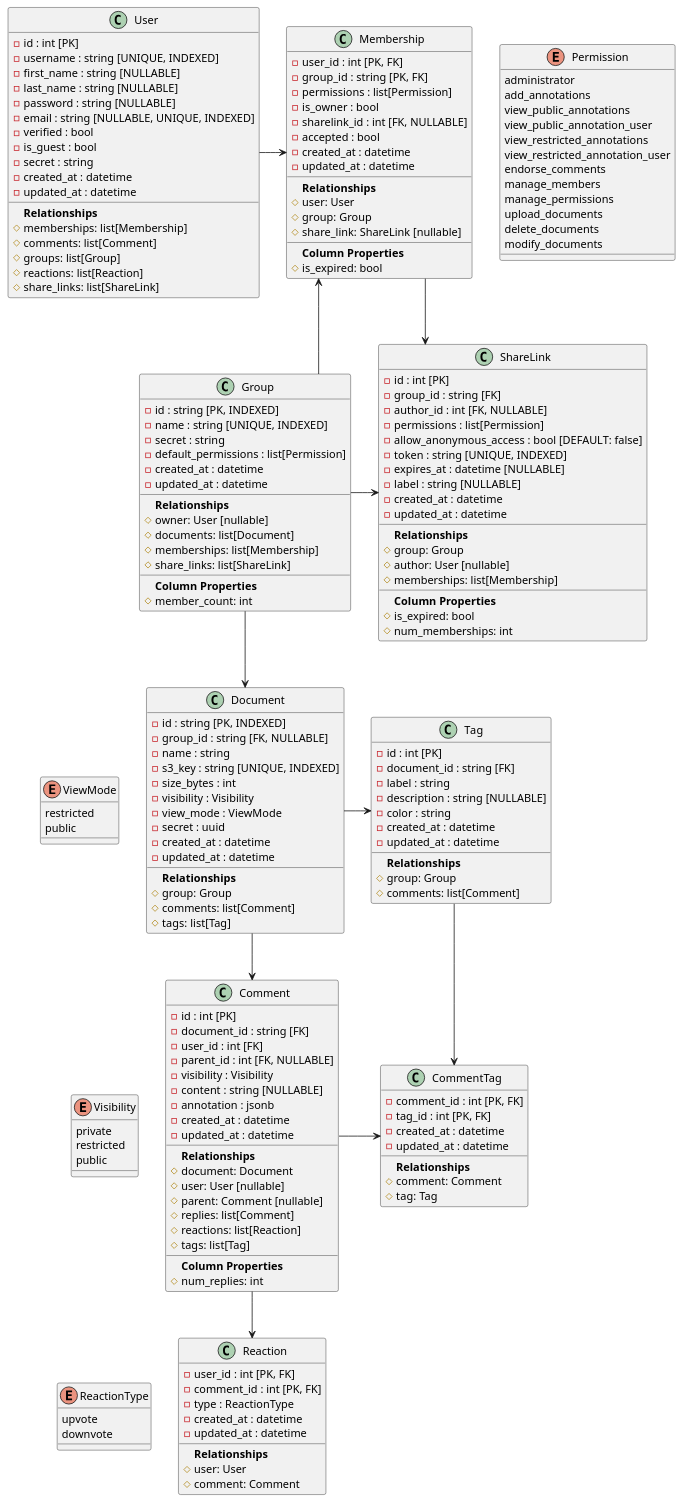
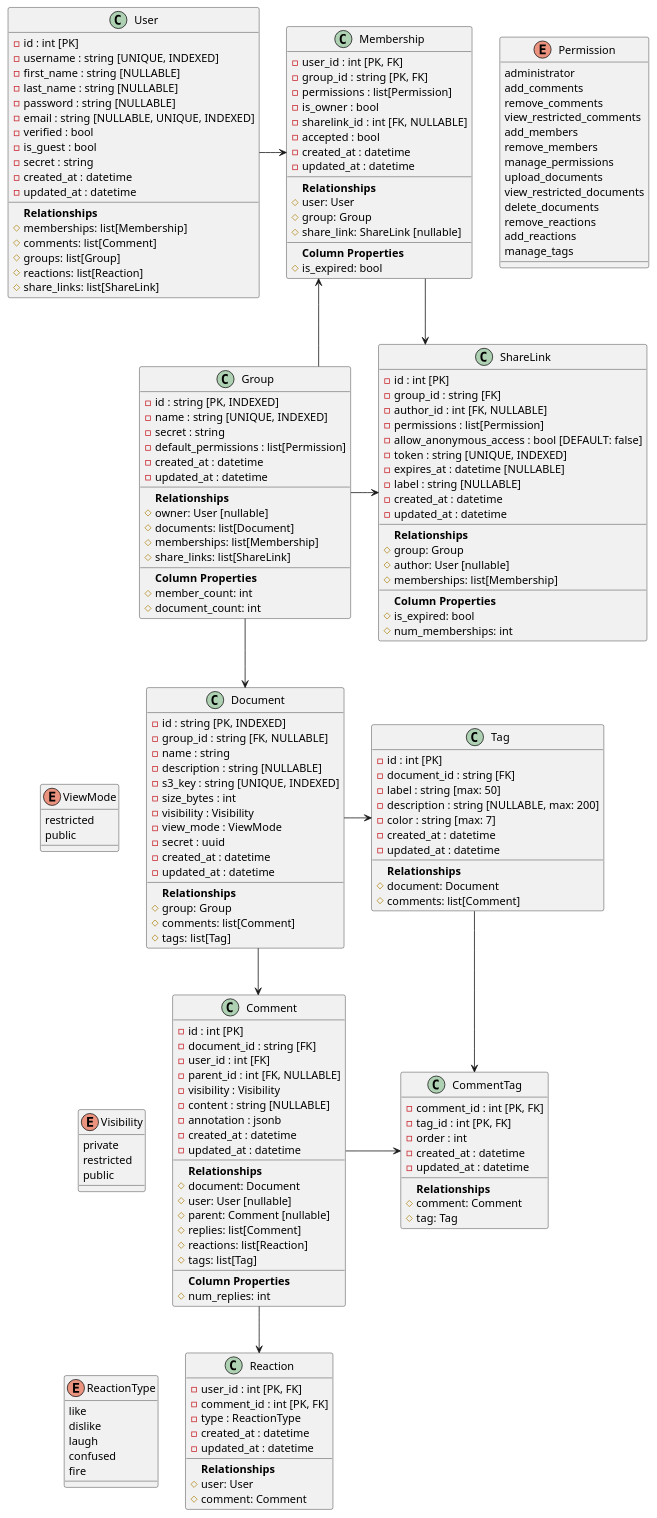
One commit to realdegrees/text.ur changed the diagram in docs/schema.puml. Above: the diagram before and after it, drawn with PlantUML. The commit also changed 15 other files, not shown here.

```diff
--- a/docs/schema.puml
+++ b/docs/schema.puml
@@ -46,21 +46,23 @@
     ____
         **Column Properties**
         # member_count: int
+        # document_count: int
 }
 
 enum Permission {
     administrator
-    add_annotations
-    view_public_annotations
-    view_public_annotation_user
-    view_restricted_annotations
-    view_restricted_annotation_user
-    endorse_comments
-    manage_members
+    add_comments
+    remove_comments
+    view_restricted_comments
+    add_members
+    remove_members
     manage_permissions
     upload_documents
+    view_restricted_documents
     delete_documents
-    modify_documents
+    remove_reactions
+    add_reactions
+    manage_tags
 }
 
 enum ViewMode {
@@ -91,6 +93,7 @@
     - id : string [PK, INDEXED]
     - group_id : string [FK, NULLABLE]
     - name : string
+    - description : string [NULLABLE]
     - s3_key : string [UNIQUE, INDEXED]
     - size_bytes : int
     - visibility : Visibility
@@ -137,20 +140,21 @@
 class Tag {
     - id : int [PK]
     - document_id : string [FK]
-    - label : string
-    - description : string [NULLABLE]
-    - color : string
+    - label : string [max: 50]
+    - description : string [NULLABLE, max: 200]
+    - color : string [max: 7]
     - created_at : datetime
     - updated_at : datetime
     ____
         **Relationships**
-        # group: Group
+        # document: Document
         # comments: list[Comment]
 }
 
 class CommentTag {
     - comment_id : int [PK, FK]
     - tag_id : int [PK, FK]
+    - order : int
     - created_at : datetime
     - updated_at : datetime
     ____
@@ -160,8 +164,11 @@
 }
 
 enum ReactionType {
-    upvote
-    downvote
+    like
+    dislike
+    laugh
+    confused
+    fire
 }
 
 class Reaction {
```
